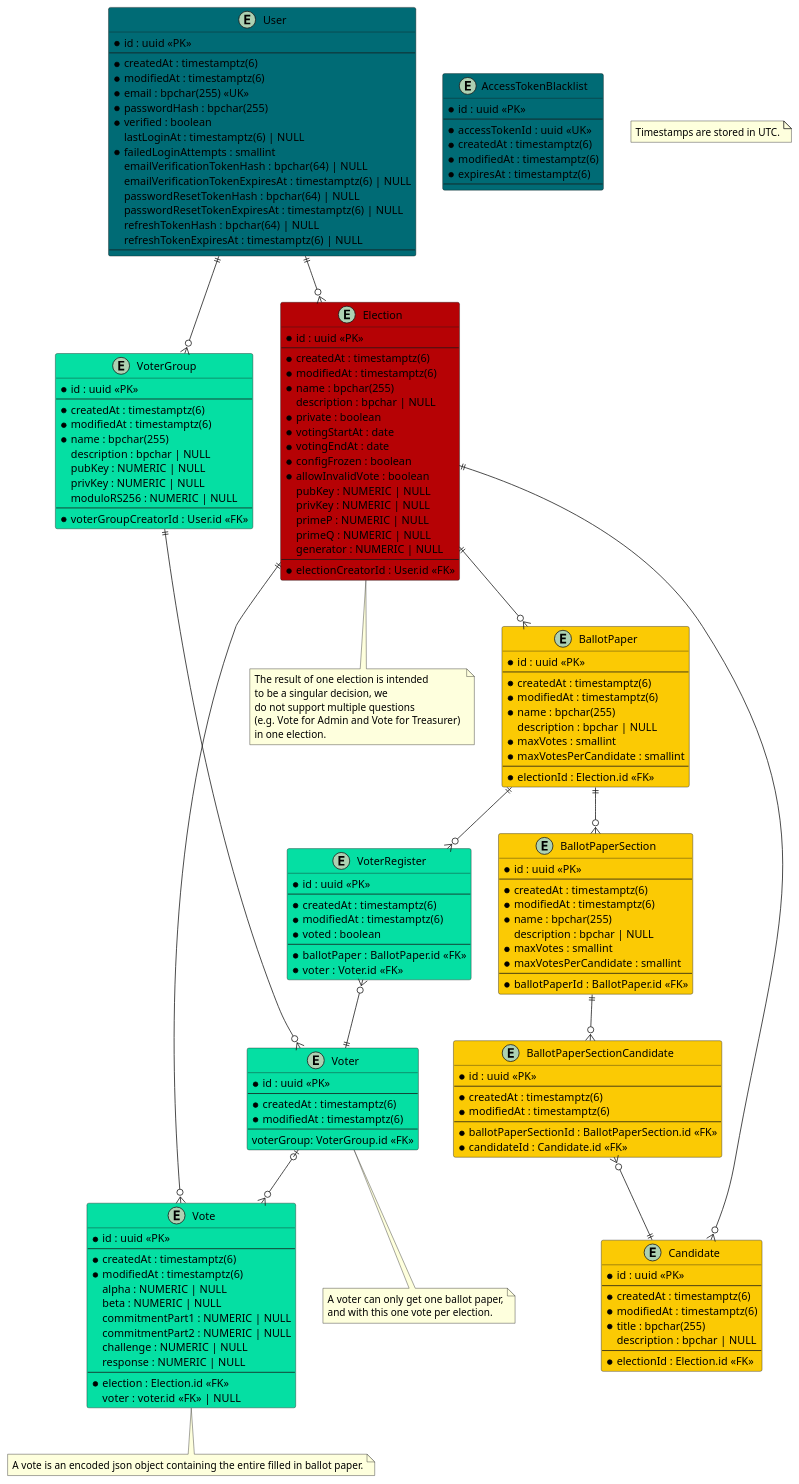
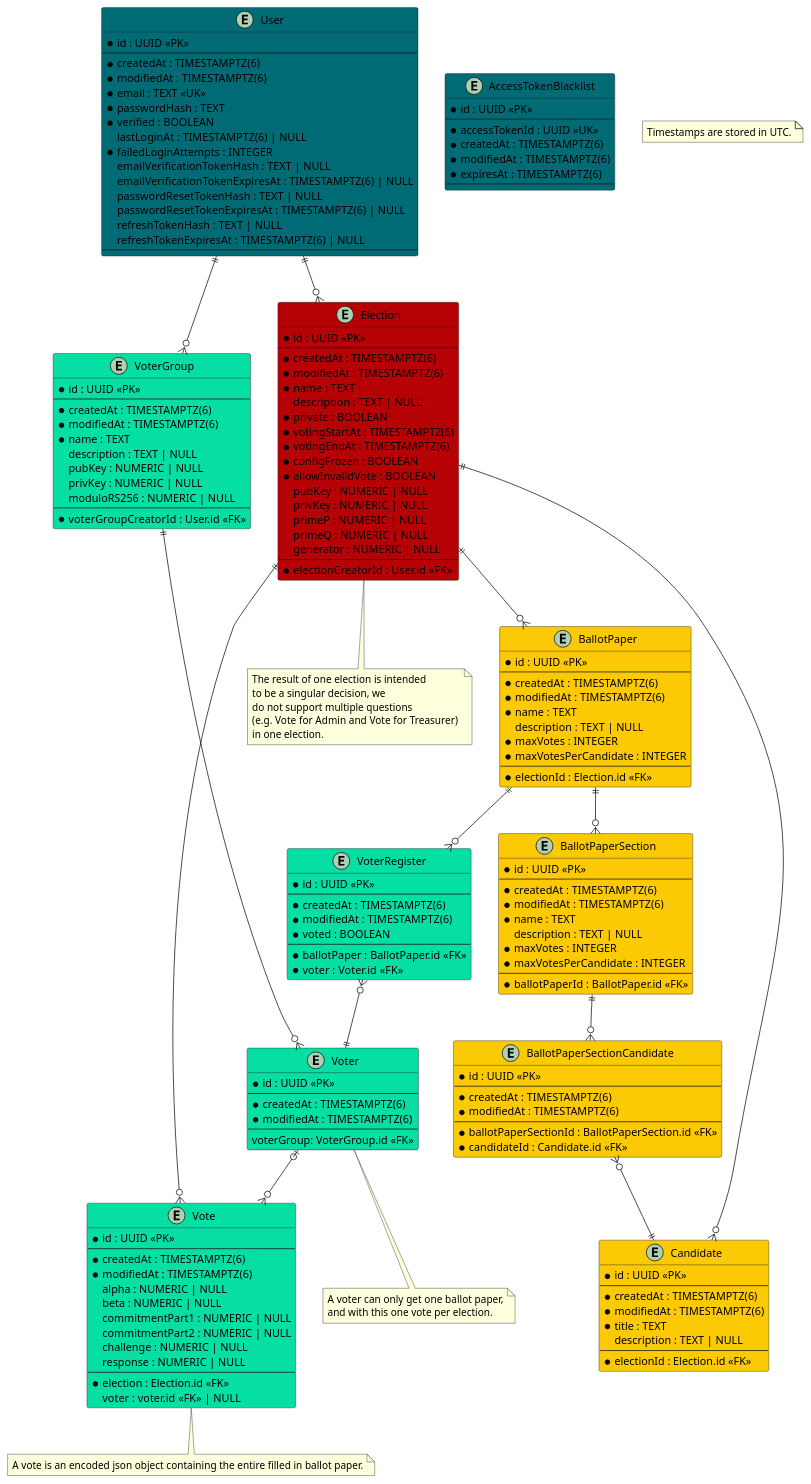
The diagram in apps/docs/static/uml/dataModel.puml (SE-UUlm/votura), drawn with PlantUML before and after one commit.

Commit message:
#119: standardize data types(SQL) in UML diagram for consistency

```diff
--- a/apps/docs/static/uml/dataModel.puml
+++ b/apps/docs/static/uml/dataModel.puml
@@ -1,200 +1,200 @@
 @startuml dataModel
 
 entity "User" as user #006b75 {
-    * id : uuid <<PK>>
+    * id : UUID <<PK>>
     --
-    * createdAt : timestamptz(6)
-    * modifiedAt : timestamptz(6)
-    * email : bpchar(255) <<UK>>
-    * passwordHash : bpchar(255)
-    * verified : boolean
-    lastLoginAt : timestamptz(6) | NULL
+    * createdAt : TIMESTAMPTZ(6)
+    * modifiedAt : TIMESTAMPTZ(6)
+    * email : TEXT <<UK>>
+    * passwordHash : TEXT
+    * verified : BOOLEAN
+    lastLoginAt : TIMESTAMPTZ(6) | NULL
     ' failed login attempts get reset on successful login
-    * failedLoginAttempts : smallint
-    emailVerificationTokenHash : bpchar(64) | NULL
-    emailVerificationTokenExpiresAt : timestamptz(6) | NULL
-    passwordResetTokenHash : bpchar(64) | NULL
-    passwordResetTokenExpiresAt : timestamptz(6) | NULL
-    refreshTokenHash : bpchar(64) | NULL
-    refreshTokenExpiresAt : timestamptz(6) | NULL
+    * failedLoginAttempts : INTEGER
+    emailVerificationTokenHash : TEXT | NULL
+    emailVerificationTokenExpiresAt : TIMESTAMPTZ(6) | NULL
+    passwordResetTokenHash : TEXT | NULL
+    passwordResetTokenExpiresAt : TIMESTAMPTZ(6) | NULL
+    refreshTokenHash : TEXT | NULL
+    refreshTokenExpiresAt : TIMESTAMPTZ(6) | NULL
     --
 }
 
 entity "AccessTokenBlacklist" as jwtBlacklist #006b75 {
     ' this table is used to store blacklisted access tokens
     ' The jti is 36 characters long if we use UUIDv4
-    * id : uuid <<PK>>
+    * id : UUID <<PK>>
     --
-    * accessTokenId : uuid <<UK>>
-    * createdAt : timestamptz(6)
-    * modifiedAt : timestamptz(6)
-    * expiresAt : timestamptz(6)
+    * accessTokenId : UUID <<UK>>
+    * createdAt : TIMESTAMPTZ(6)
+    * modifiedAt : TIMESTAMPTZ(6)
+    * expiresAt : TIMESTAMPTZ(6)
     --
 }
 
 entity "Election" as elections #b60205 {
-    * id : uuid <<PK>>
+    * id : UUID <<PK>>
     --
-    * createdAt : timestamptz(6)
-    * modifiedAt : timestamptz(6)
-    * name : bpchar(255)
-    description : bpchar | NULL
-    * private : boolean
-    * votingStartAt : date
-    * votingEndAt : date
-    * configFrozen : boolean
-    * allowInvalidVote : boolean
+    * createdAt : TIMESTAMPTZ(6)
+    * modifiedAt : TIMESTAMPTZ(6)
+    * name : TEXT
+    description : TEXT | NULL
+    * private : BOOLEAN
+    * votingStartAt : TIMESTAMPTZ(6)
+    * votingEndAt : TIMESTAMPTZ(6)
+    * configFrozen : BOOLEAN
+    * allowInvalidVote : BOOLEAN
     ' Is there a use case for `votesCounted`?
-    ' * votesCounted : boolean
+    ' * votesCounted : BOOLEAN
     ' Computed values such as validVotes and invalidVotes are critical - do we really want to store them?
-    ' validVotes : integer | NULL
-    ' invalidVotes : integer | NULL
+    ' validVotes : NUMERIC | NULL
+    ' invalidVotes : NUMERIC | NULL
     pubKey : NUMERIC | NULL
     privKey : NUMERIC | NULL
     primeP : NUMERIC | NULL
     primeQ : NUMERIC | NULL
     generator : NUMERIC | NULL
     --
     * electionCreatorId : User.id <<FK>>
 }
 
 note as N2
 The result of one election is intended 
 to be a singular decision, we 
 do not support multiple questions 
 (e.g. Vote for Admin and Vote for Treasurer) 
 in one election.
 end note
 
 entity "BallotPaper" as ballotPapers #fbca04 {
-    * id : uuid <<PK>>
+    * id : UUID <<PK>>
     --
-    * createdAt : timestamptz(6)
-    * modifiedAt : timestamptz(6)
-    * name : bpchar(255)
-    description : bpchar | NULL
-    * maxVotes : smallint
-    * maxVotesPerCandidate : smallint
+    * createdAt : TIMESTAMPTZ(6)
+    * modifiedAt : TIMESTAMPTZ(6)
+    * name : TEXT
+    description : TEXT | NULL
+    * maxVotes : INTEGER
+    * maxVotesPerCandidate : INTEGER
     --
     * electionId : Election.id <<FK>>
 }
 
 entity "BallotPaperSection" as ballotPaperSections #fbca04 {
-    * id : uuid <<PK>>
+    * id : UUID <<PK>>
     --
-    * createdAt : timestamptz(6)
-    * modifiedAt : timestamptz(6)
-    * name : bpchar(255)
-    description : bpchar | NULL
-    * maxVotes : smallint
-    * maxVotesPerCandidate : smallint
+    * createdAt : TIMESTAMPTZ(6)
+    * modifiedAt : TIMESTAMPTZ(6)
+    * name : TEXT
+    description : TEXT | NULL
+    * maxVotes : INTEGER
+    * maxVotesPerCandidate : INTEGER
     --
     * ballotPaperId : BallotPaper.id <<FK>>
 }
 ' note as C_2
 ' If at least two ballotPaperSections are created for one ballotPaper, 
 ' the name field of the ballotPaperSections is mandatory.
 ' end note
 
 entity "BallotPaperSectionCandidate" as ballotPaperSectionCandidates #fbca04 {
-    * id : uuid <<PK>>
+    * id : UUID <<PK>>
     --
-    * createdAt : timestamptz(6)
-    * modifiedAt : timestamptz(6)
+    * createdAt : TIMESTAMPTZ(6)
+    * modifiedAt : TIMESTAMPTZ(6)
     --
     * ballotPaperSectionId : BallotPaperSection.id <<FK>>
     * candidateId : Candidate.id <<FK>>
 }
 
 entity "Candidate" as candidates #fbca04 {
-    * id : uuid <<PK>>
+    * id : UUID <<PK>>
     --
-    * createdAt : timestamptz(6)
-    * modifiedAt : timestamptz(6)
-    * title : bpchar(255)
-    description : bpchar | NULL
+    * createdAt : TIMESTAMPTZ(6)
+    * modifiedAt : TIMESTAMPTZ(6)
+    * title : TEXT
+    description : TEXT | NULL
     --
     * electionId : Election.id <<FK>>
 }
 
 entity "Vote" as votes #05DFA3 {
-    * id : uuid <<PK>>
+    * id : UUID <<PK>>
     --
-    * createdAt : timestamptz(6)
-    * modifiedAt : timestamptz(6)
+    * createdAt : TIMESTAMPTZ(6)
+    * modifiedAt : TIMESTAMPTZ(6)
     alpha : NUMERIC | NULL
     beta : NUMERIC | NULL
     commitmentPart1 : NUMERIC | NULL
     commitmentPart2 : NUMERIC | NULL
     challenge : NUMERIC | NULL
     response : NUMERIC | NULL
     --
     * election : Election.id <<FK>>
     ' if the vote isn't secret, voter can be saved
     voter : voter.id <<FK>> | NULL
 }
 note as N4
 A vote is an encoded json object containing the entire filled in ballot paper.
 end note
 
 entity "VoterRegister" as voterRegisters #05DFA3 {
-    * id : uuid <<PK>>
+    * id : UUID <<PK>>
     --
-    * createdAt : timestamptz(6)
-    * modifiedAt : timestamptz(6)
-    * voted : boolean
+    * createdAt : TIMESTAMPTZ(6)
+    * modifiedAt : TIMESTAMPTZ(6)
+    * voted : BOOLEAN
     --
     * ballotPaper : BallotPaper.id <<FK>>
     * voter : Voter.id <<FK>>
 }
 
 entity "Voter" as voters #05DFA3 {
-    * id : uuid <<PK>>
+    * id : UUID <<PK>>
     --
-    * createdAt : timestamptz(6)
-    * modifiedAt : timestamptz(6)
+    * createdAt : TIMESTAMPTZ(6)
+    * modifiedAt : TIMESTAMPTZ(6)
     --
     voterGroup: VoterGroup.id <<FK>>
 }
 note as N3
 A voter can only get one ballot paper,
 and with this one vote per election.
 end note
 
 entity "VoterGroup" as voterGroups #05DFA3 {
-    * id : uuid <<PK>>
+    * id : UUID <<PK>>
     --
-    * createdAt : timestamptz(6)
-    * modifiedAt : timestamptz(6)
-    * name : bpchar(255)
-    description : bpchar | NULL
+    * createdAt : TIMESTAMPTZ(6)
+    * modifiedAt : TIMESTAMPTZ(6)
+    * name : TEXT
+    description : TEXT | NULL
     pubKey : NUMERIC | NULL
     privKey : NUMERIC | NULL
     moduloRS256 : NUMERIC | NULL
     --
     * voterGroupCreatorId : User.id <<FK>>
 }
 
 note as N1
 Timestamps are stored in UTC.
 end note
 
 user ||--o{ elections
 user ||--o{ voterGroups
 elections ||--o{ ballotPapers
 elections -- N2
 elections ||--o{ candidates
 ballotPapers ||--o{ voterRegisters
 voterRegisters }o--|| voters
 ballotPapers ||--o{ ballotPaperSections
 ' ballotPaperSections -- C_2
 ballotPaperSections ||--o{ ballotPaperSectionCandidates
 ballotPaperSectionCandidates }o--|| candidates
 votes }o--|| elections
 voters |o--o{ votes
 voterGroups ||--o{ voters
 voters -- N3
 votes -- N4
 
 
 @enduml
```
